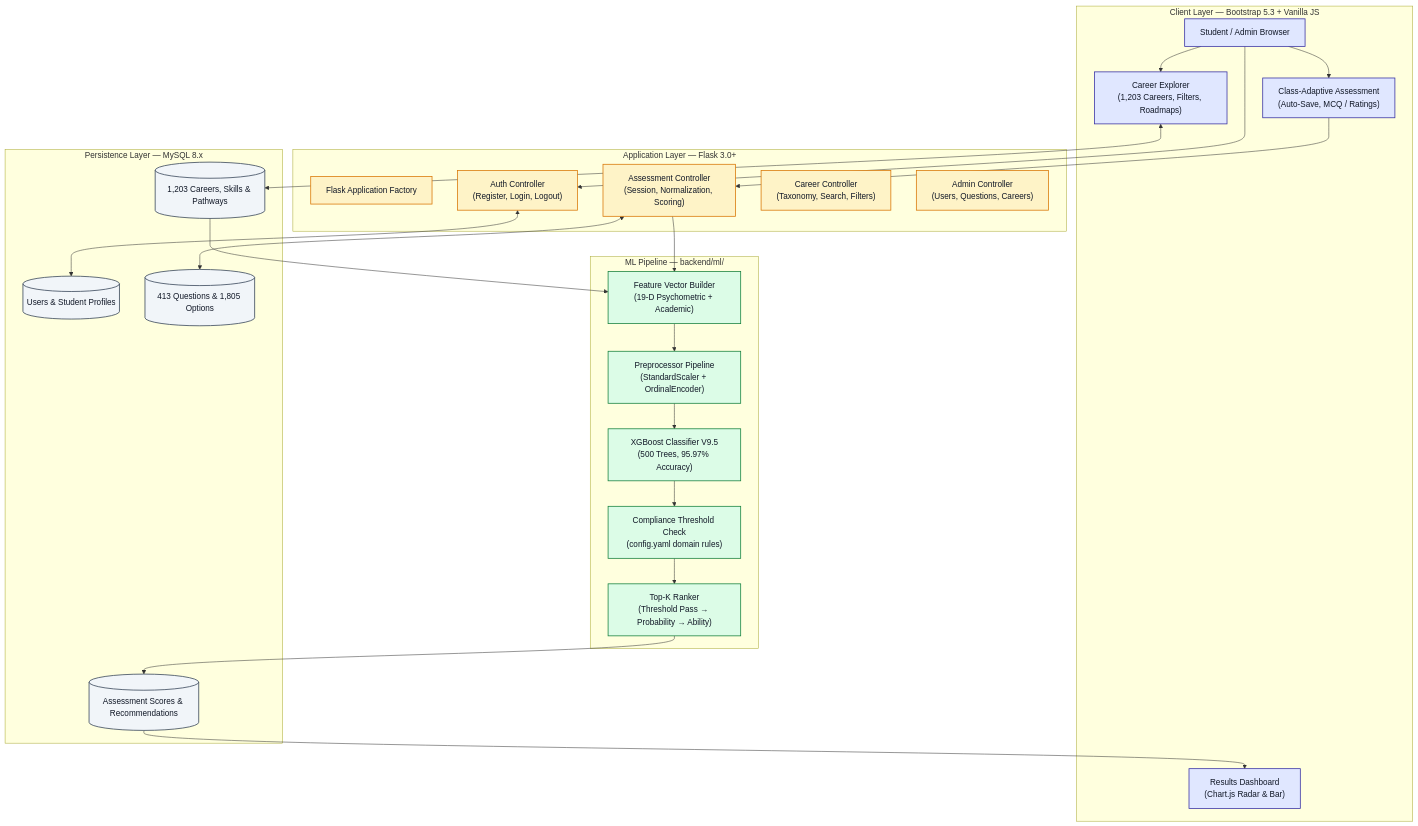
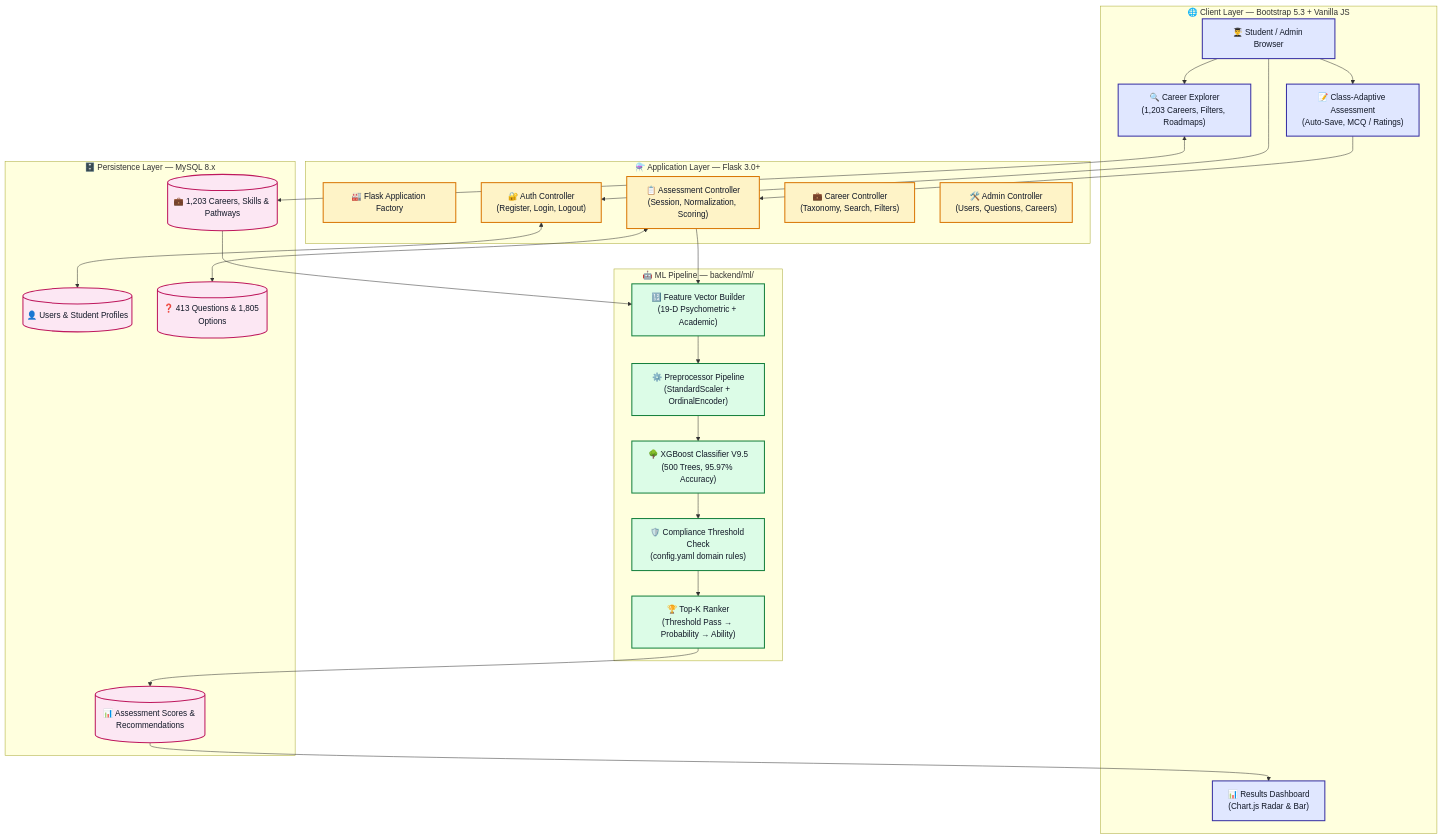
One commit to AMB-007/Personalized-Career-Recommendation-System-Using-Machine-Learning changed the first of 2 diagrams in README.md. Above: the diagram before and after it, drawn with Mermaid. The commit also changed other lines of this file, not shown here.

````diff
--- a/README.md
+++ b/README.md
@@ -97,50 +126,50 @@
 ```mermaid
 flowchart TB
-    classDef client  fill:#E0E7FF,stroke:#3730A3,stroke-width:1.5px,color:#111827
-    classDef flask   fill:#FEF3C7,stroke:#D97706,stroke-width:1.5px,color:#111827
-    classDef ml      fill:#DCFCE7,stroke:#15803D,stroke-width:1.5px,color:#111827
-    classDef db      fill:#F1F5F9,stroke:#334155,stroke-width:1.5px,color:#111827
+    classDef client  fill:#E0E7FF,stroke:#3730A3,stroke-width:2px,color:#111827
+    classDef flask   fill:#FEF3C7,stroke:#D97706,stroke-width:2px,color:#111827
+    classDef ml      fill:#DCFCE7,stroke:#15803D,stroke-width:2px,color:#111827
+    classDef db      fill:#FCE7F3,stroke:#BE185D,stroke-width:2px,color:#111827
 
-    subgraph Client [" Client Layer — Bootstrap 5.3 + Vanilla JS "]
-        A["Student / Admin Browser"]:::client
-        A1["Class-Adaptive Assessment<br/>(Auto-Save, MCQ / Ratings)"]:::client
-        A2["Results Dashboard<br/>(Chart.js Radar & Bar)"]:::client
-        A3["Career Explorer<br/>(1,203 Careers, Filters, Roadmaps)"]:::client
+    subgraph Client [" 🌐 Client Layer — Bootstrap 5.3 + Vanilla JS "]
+        A["👨‍🎓 Student / Admin Browser"]:::client
+        A1["📝 Class-Adaptive Assessment<br/>(Auto-Save, MCQ / Ratings)"]:::client
+        A2["📊 Results Dashboard<br/>(Chart.js Radar & Bar)"]:::client
+        A3["🔍 Career Explorer<br/>(1,203 Careers, Filters, Roadmaps)"]:::client
     end
 
-    subgraph App [" Application Layer — Flask 3.0+ "]
-        B["Flask Application Factory"]:::flask
-        B1["Auth Controller<br/>(Register, Login, Logout)"]:::flask
-        B2["Assessment Controller<br/>(Session, Normalization, Scoring)"]:::flask
-        B3["Career Controller<br/>(Taxonomy, Search, Filters)"]:::flask
-        B4["Admin Controller<br/>(Users, Questions, Careers)"]:::flask
+    subgraph App [" ⚗️ Application Layer — Flask 3.0+ "]
+        B["🏭 Flask Application Factory"]:::flask
+        B1["🔐 Auth Controller<br/>(Register, Login, Logout)"]:::flask
+        B2["📋 Assessment Controller<br/>(Session, Normalization, Scoring)"]:::flask
+        B3["💼 Career Controller<br/>(Taxonomy, Search, Filters)"]:::flask
+        B4["🛠️ Admin Controller<br/>(Users, Questions, Careers)"]:::flask
     end
 
-    subgraph ML [" ML Pipeline — backend/ml/ "]
-        C1["Feature Vector Builder<br/>(19-D Psychometric + Academic)"]:::ml
-        C2["Preprocessor Pipeline<br/>(StandardScaler + OrdinalEncoder)"]:::ml
-        C3["XGBoost Classifier V9.5<br/>(500 Trees, 95.97% Accuracy)"]:::ml
-        C4["Compliance Threshold Check<br/>(config.yaml domain rules)"]:::ml
-        C5["Top-K Ranker<br/>(Threshold Pass → Probability → Ability)"]:::ml
+    subgraph ML [" 🤖 ML Pipeline — backend/ml/ "]
+        C1["🔢 Feature Vector Builder<br/>(19-D Psychometric + Academic)"]:::ml
+        C2["⚙️ Preprocessor Pipeline<br/>(StandardScaler + OrdinalEncoder)"]:::ml
+        C3["🌳 XGBoost Classifier V9.5<br/>(500 Trees, 95.97% Accuracy)"]:::ml
+        C4["🛡️ Compliance Threshold Check<br/>(config.yaml domain rules)"]:::ml
+        C5["🏆 Top-K Ranker<br/>(Threshold Pass → Probability → Ability)"]:::ml
     end
 
-    subgraph DB [" Persistence Layer — MySQL 8.x "]
-        D1[("Users & Student Profiles")]:::db
-        D2[("413 Questions & 1,805 Options")]:::db
-        D3[("1,203 Careers, Skills & Pathways")]:::db
-        D4[("Assessment Scores & Recommendations")]:::db
+    subgraph DB [" 🗄️ Persistence Layer — MySQL 8.x "]
+        D1[("👤 Users & Student Profiles")]:::db
+        D2[("❓ 413 Questions & 1,805 Options")]:::db
+        D3[("💼 1,203 Careers, Skills & Pathways")]:::db
+        D4[("📊 Assessment Scores & Recommendations")]:::db
     end
 
     A --> B1
     B1 <--> D1
     A --> A1
     A1 --> B2
     B2 <--> D2
     B2 --> C1
     D3 --> C1
     C1 --> C2 --> C3 --> C4 --> C5
     C5 --> D4
     D4 --> A2
     A --> A3
     A3 <--> D3
 ```
````
